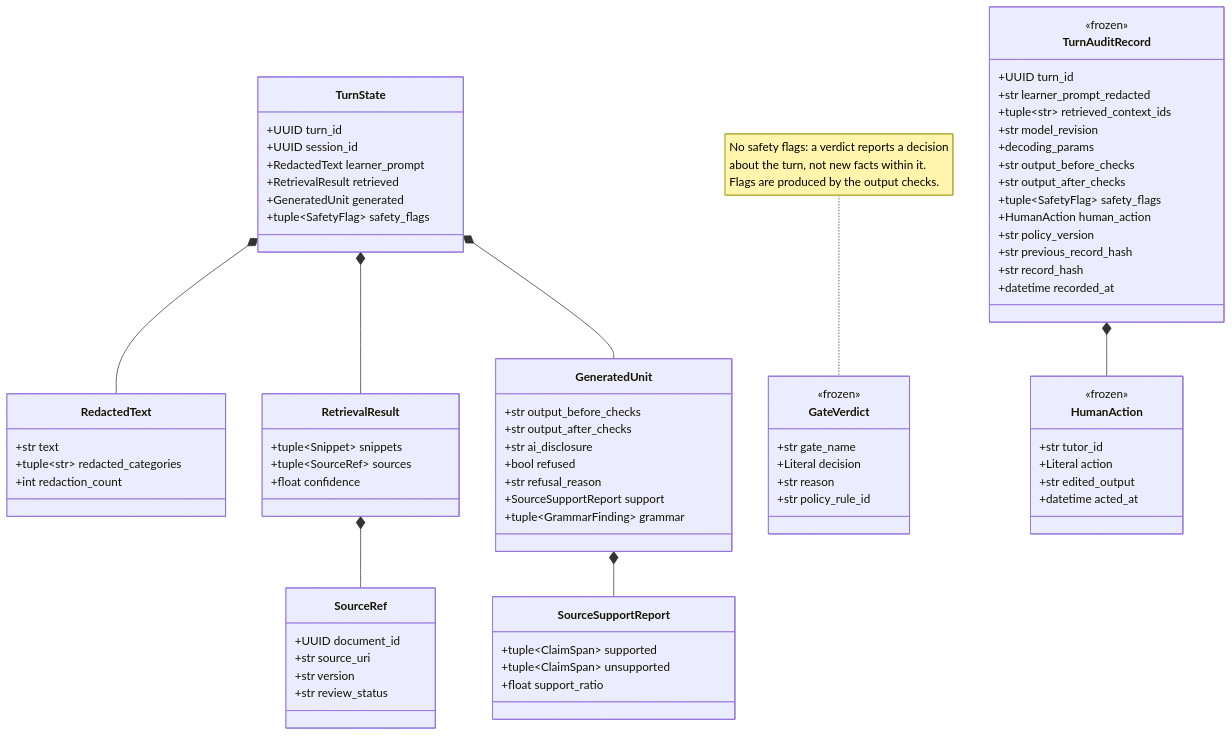
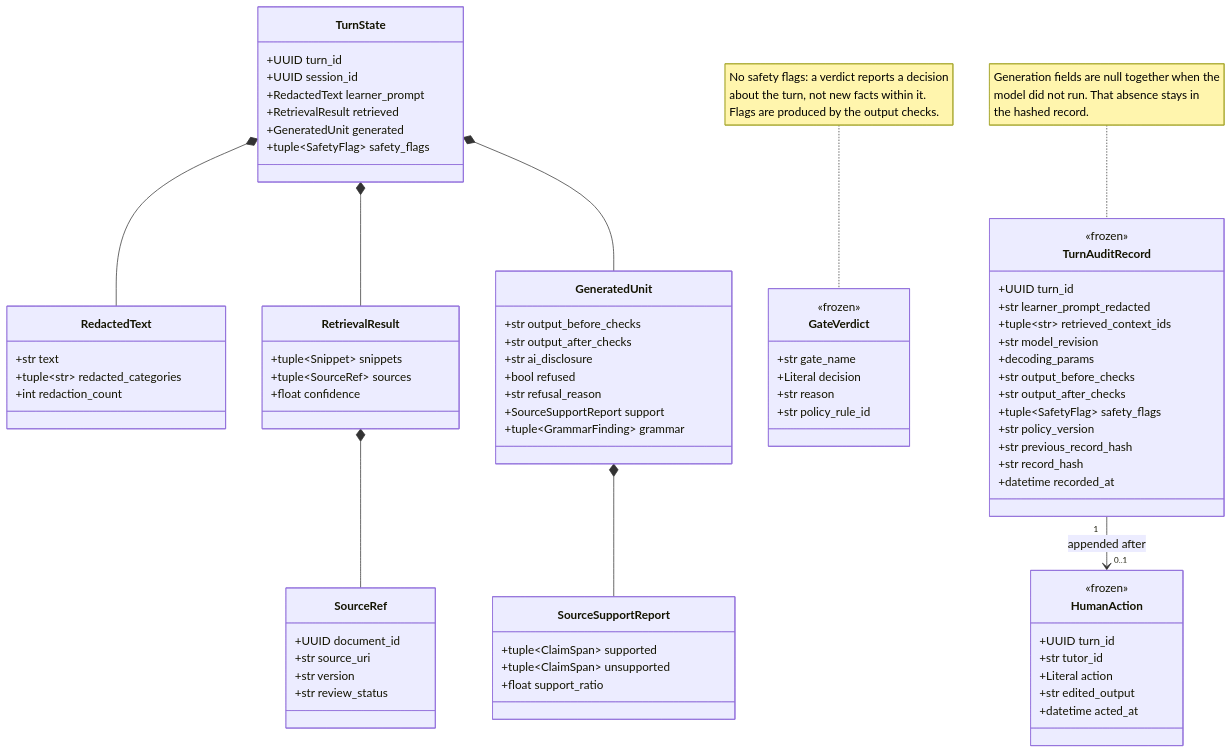
Before and after one commit to basiliofarach/two-agent-orchestration-language-learning: the sixth of 11 diagrams in docs/architecture/ARCHITECTURE.md, drawn with Mermaid. The commit also changed other lines of this file and 12 other files, not shown here.

Commit message:
(BAS-44): enhance audit schema and tutor action handling

````diff
--- a/docs/architecture/ARCHITECTURE.md
+++ b/docs/architecture/ARCHITECTURE.md
@@ -443,15 +443,16 @@
         +str output_before_checks
         +str output_after_checks
         +tuple~SafetyFlag~ safety_flags
-        +HumanAction human_action
         +str policy_version
         +str previous_record_hash
         +str record_hash
         +datetime recorded_at
     }
+    note for TurnAuditRecord "Generation fields are null together when the<br/>model did not run. That absence stays in<br/>the hashed record."
 
     class HumanAction {
         <<frozen>>
+        +UUID turn_id
         +str tutor_id
         +Literal action
         +str edited_output
@@ -463,5 +464,5 @@
     TurnState *-- GeneratedUnit
     RetrievalResult *-- SourceRef
     GeneratedUnit *-- SourceSupportReport
-    TurnAuditRecord *-- HumanAction
+    TurnAuditRecord "1" --> "0..1" HumanAction : appended after
 ```
````
